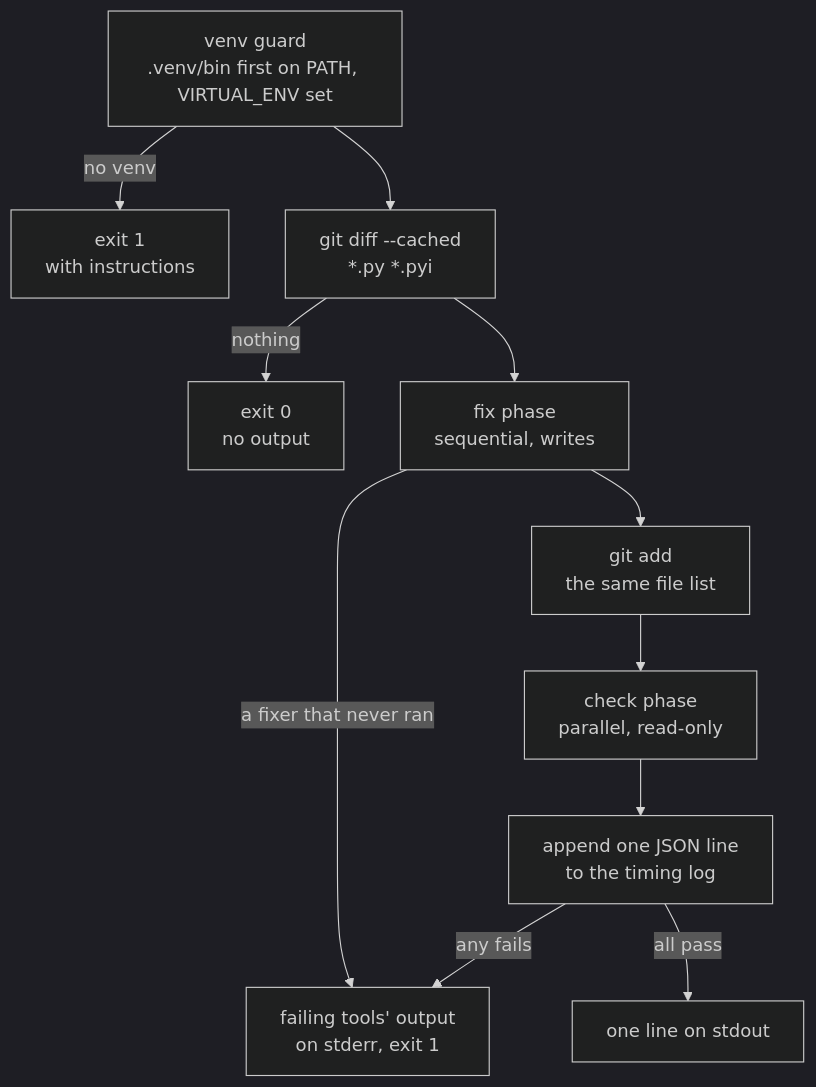
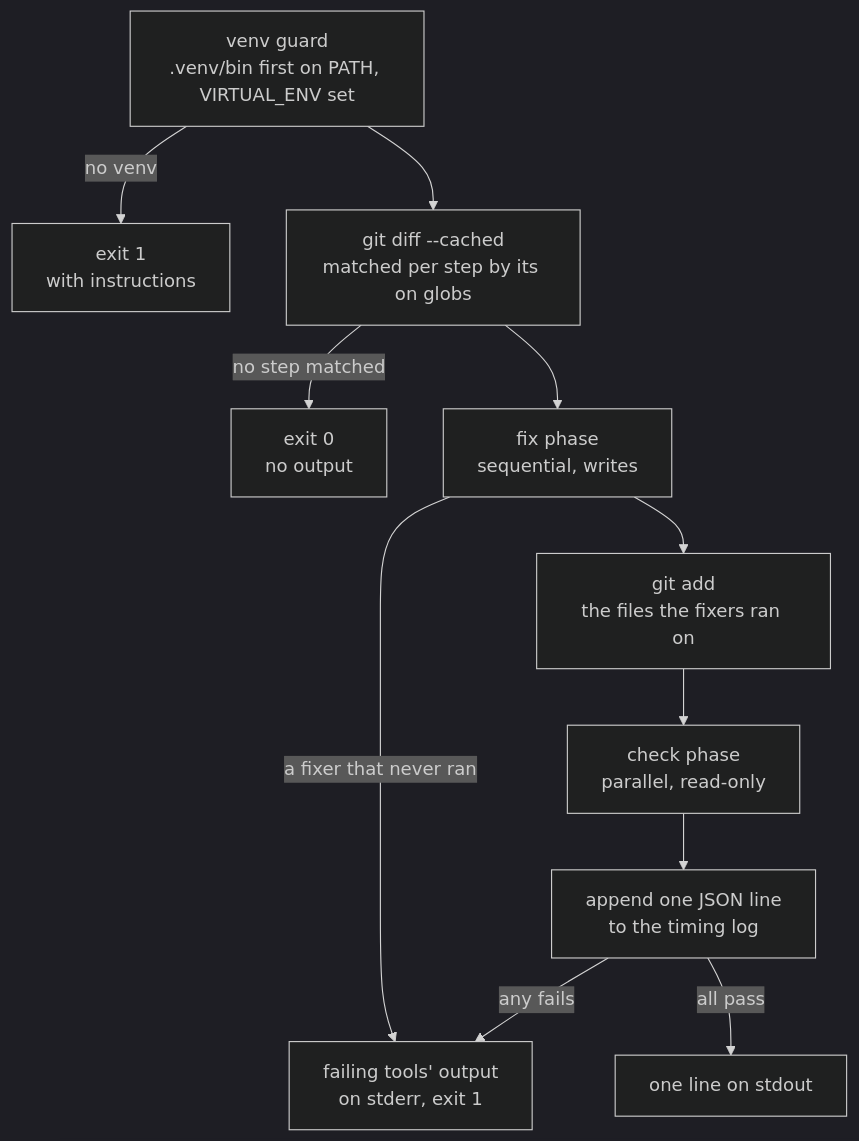
The first of 2 diagrams in docs/src/how-it-works.md (mojzis/madoqua), drawn with Mermaid (dark theme) before and after one commit. The commit also changed 20 other files, not shown here.

First line of the commit message:
Let each step say which staged files wake it (#15)

````diff
--- a/docs/src/how-it-works.md
+++ b/docs/src/how-it-works.md
@@ -5,13 +5,13 @@
 ```mermaid
 flowchart TD
     guard[venv guard<br/>.venv/bin first on PATH, VIRTUAL_ENV set] -->|no venv| blocked[exit 1<br/>with instructions]
-    guard --> staged[git diff --cached<br/>*.py *.pyi]
-    staged -->|nothing| quiet[exit 0<br/>no output]
+    guard --> staged[git diff --cached<br/>matched per step by its on globs]
+    staged -->|no step matched| quiet[exit 0<br/>no output]
     staged --> fix[fix phase<br/>sequential, writes]
     fix -->|a fixer that never ran| failures
-    fix --> add[git add<br/>the same file list]
+    fix --> add[git add<br/>the files the fixers ran on]
     add --> check[check phase<br/>parallel, read-only]
     check --> log[append one JSON line<br/>to the timing log]
     log -->|all pass| verdict[one line on stdout]
     log -->|any fails| failures[failing tools' output<br/>on stderr, exit 1]
 ```
````
